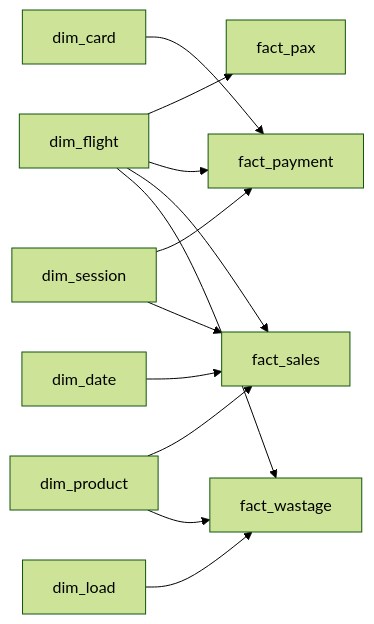
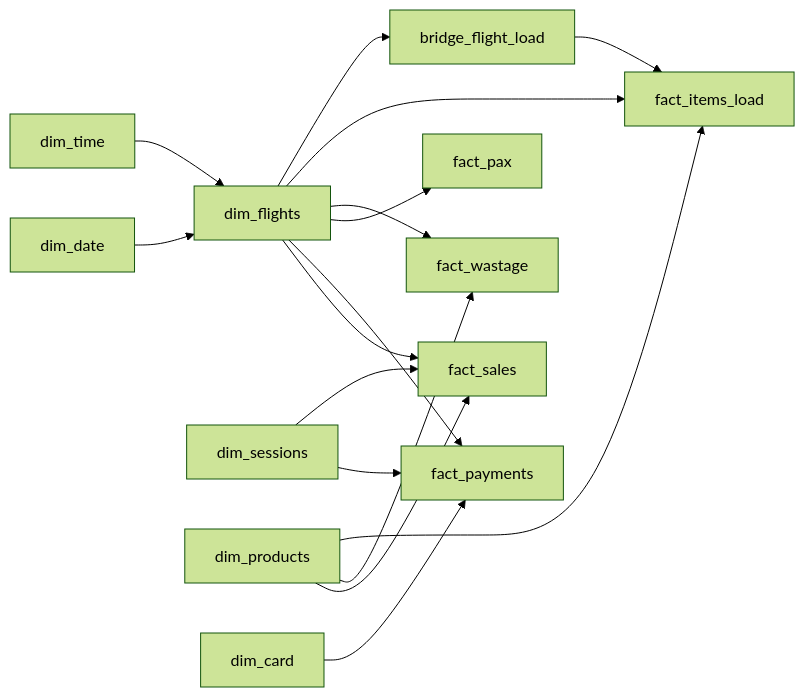
The diagram in README.md (vkniazeva/ai-analytics-agent), drawn with Mermaid (forest theme) before and after one commit. The commit also changed other lines of this file and 2 other files, not shown here.

````diff
--- a/README.md
+++ b/README.md
@@ -159,20 +173,23 @@
 ```mermaid
 flowchart LR
+    dim_date --> dim_flights
+    dim_time --> dim_flights
+    
+    dim_flights --> fact_sales
+    dim_flights --> fact_payments
+    dim_flights --> fact_pax
+    dim_flights --> fact_wastage
+    dim_flights --> fact_items_load
+    dim_flights --> bridge_flight_load
 
-    dim_flight --> fact_pax
-    dim_flight --> fact_payment
-    dim_flight --> fact_sales
-    dim_flight --> fact_wastage
+    dim_sessions --> fact_payments
+    dim_sessions --> fact_sales
 
-    dim_session --> fact_payment
-    dim_session --> fact_sales
+    dim_products --> fact_sales
+    dim_products --> fact_wastage
+    dim_products --> fact_items_load
 
-    dim_product --> fact_sales
-    dim_product --> fact_wastage
-
-    dim_card --> fact_payment
-
-    dim_load --> fact_wastage
-
-    dim_date --> fact_sales
+    dim_card --> fact_payments
+    
+    bridge_flight_load --> fact_items_load
 ```
````
